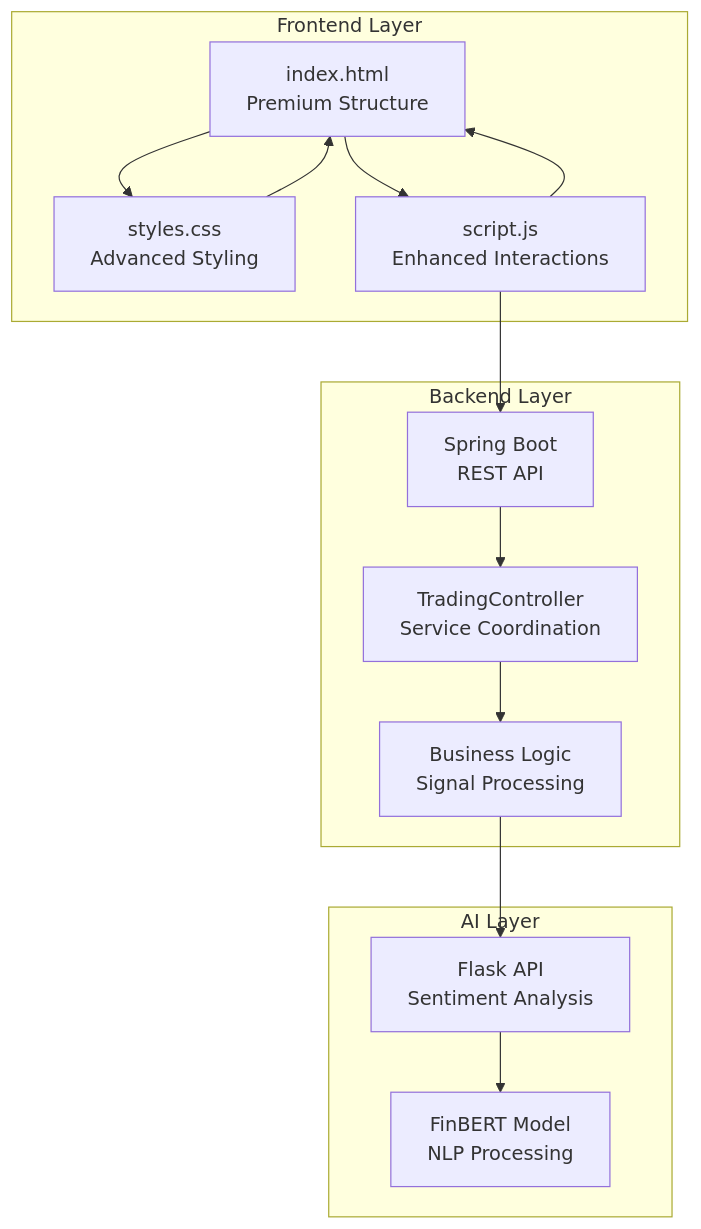
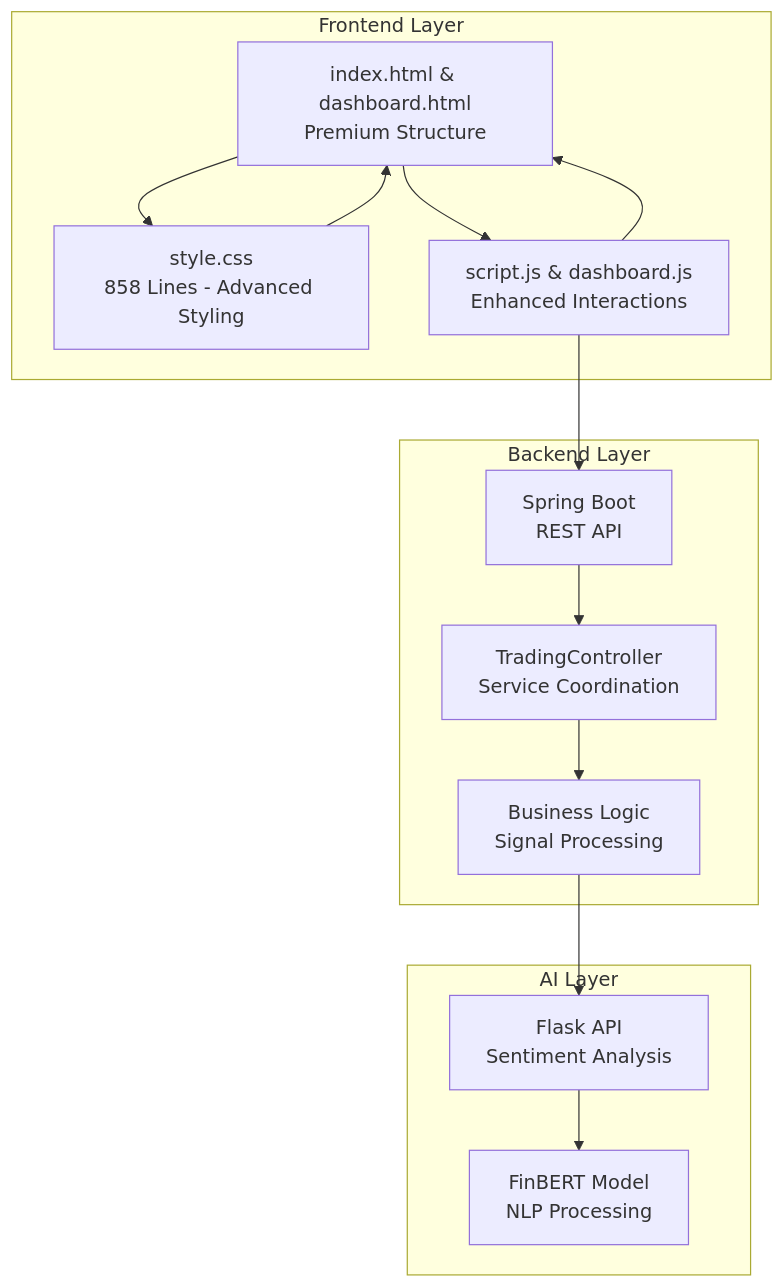
Before and after one commit to ayushtiwari1526/TheReinforcers_AyushTiwari: the fourth of 4 diagrams in .qoder/repowiki/en/content/Styling and Visual Design.md, drawn with Mermaid. The commit also changed other lines of this file and 16 other files, not shown here.

````diff
--- a/.qoder/repowiki/en/content/Styling and Visual Design.md
+++ b/.qoder/repowiki/en/content/Styling and Visual Design.md
@@ -257,26 +261,26 @@
 ```mermaid
 graph TB
 subgraph "Frontend Layer"
-HTML["index.html<br/>Premium Structure"]
-CSS["styles.css<br/>Advanced Styling"]
-JS["script.js<br/>Enhanced Interactions"]
+HTML["index.html & dashboard.html<br/>Premium Structure"]
+CSS["style.css<br/>858 Lines - Advanced Styling"]
+JS["script.js & dashboard.js<br/>Enhanced Interactions"]
 end
 subgraph "Backend Layer"
 Spring["Spring Boot<br/>REST API"]
 Controller["TradingController<br/>Service Coordination"]
 Service["Business Logic<br/>Signal Processing"]
 end
 subgraph "AI Layer"
 Flask["Flask API<br/>Sentiment Analysis"]
 Model["FinBERT Model<br/>NLP Processing"]
 end
 HTML --> CSS
 HTML --> JS
 JS --> Spring
 Spring --> Controller
 Controller --> Service
 Service --> Flask
 Flask --> Model
 CSS --> HTML
 JS --> HTML
 ```
````
